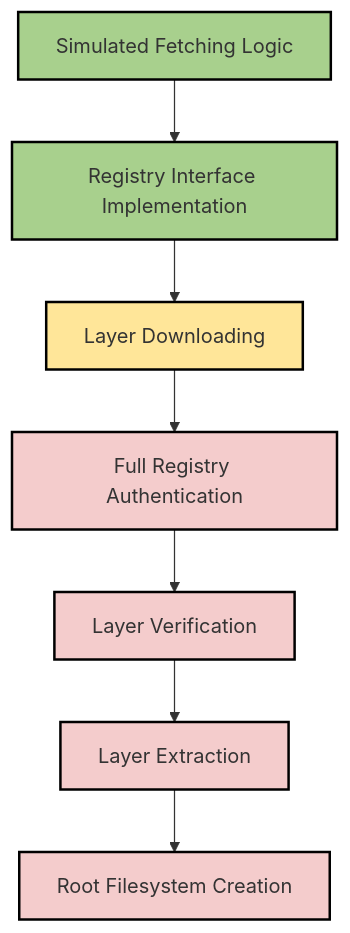
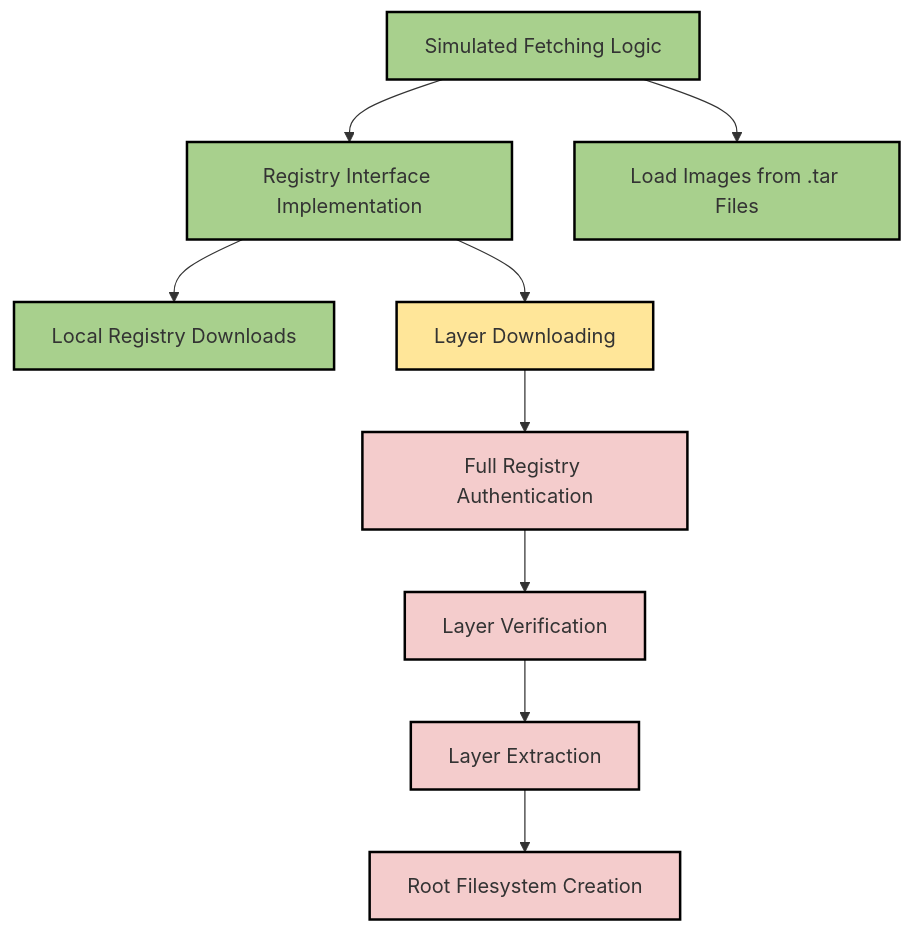
The diagram in adr-003-docker-image-download.md (j143/basic-docker-engine), drawn with Mermaid before and after one commit.

Commit message:
Update ADR-003 implementation diagram to include tar file loading and local registry features

````diff
--- a/adr-003-docker-image-download.md
+++ b/adr-003-docker-image-download.md
@@ -58,14 +58,16 @@
 ```mermaid
 graph TD
     A[Simulated Fetching Logic]:::implemented --> B[Registry Interface Implementation]:::implemented
+    A --> H[Load Images from .tar Files]:::implemented
+    B --> I[Local Registry Downloads]:::implemented
     B --> C[Layer Downloading]:::inprogress
     C --> D[Full Registry Authentication]:::notstarted
     D --> E[Layer Verification]:::notstarted
     E --> F[Layer Extraction]:::notstarted
     F --> G[Root Filesystem Creation]:::notstarted
 
     %% Styles
     classDef implemented fill:#a8d08d,stroke:#000,stroke-width:2px;
     classDef inprogress fill:#ffe699,stroke:#000,stroke-width:2px;
     classDef notstarted fill:#f4cccc,stroke:#000,stroke-width:2px;
 ```
````
